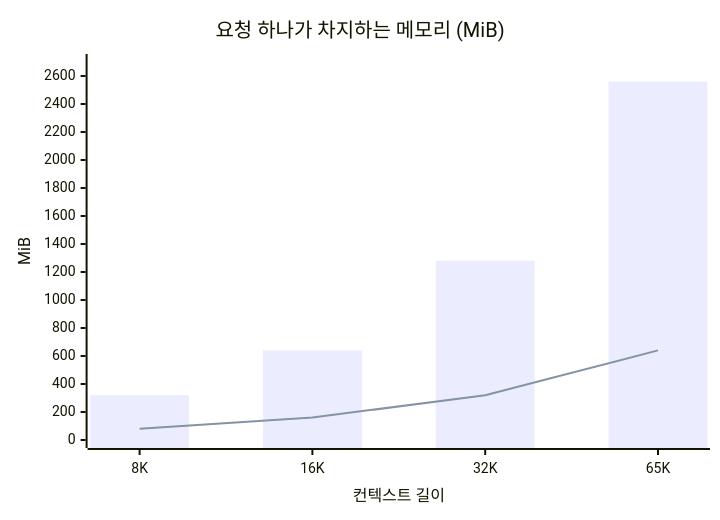
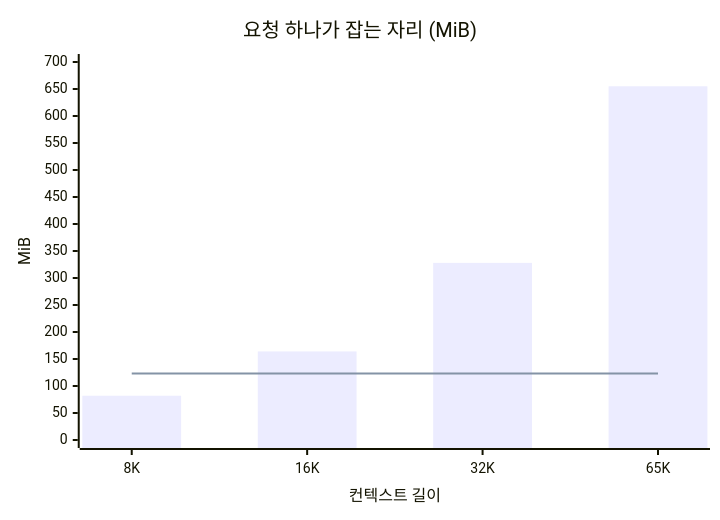
The second of 2 diagrams in _posts/2026-08-29-hybrid-attention-kv-cache-size.md (tmdwn725/tmdwn725.github.io), drawn with Mermaid before and after one commit. The commit also changed other lines of this file, not shown here.

```diff
--- a/_posts/2026-08-29-hybrid-attention-kv-cache-size.md
+++ b/_posts/2026-08-29-hybrid-attention-kv-cache-size.md
@@ -364,8 +392,8 @@
 <pre class="mermaid">
 xychart-beta
-  title "요청 하나가 차지하는 메모리 (MiB)"
+  title "요청 하나가 잡는 자리 (MiB)"
   x-axis "컨텍스트 길이" [8K, 16K, 32K, 65K]
-  y-axis "MiB" 0 --> 2700
-  bar [320, 640, 1280, 2560]
-  line [80, 160, 320, 640]
+  y-axis "MiB" 0 --> 700
+  bar [82, 164, 328, 655]
+  line [123, 123, 123, 123]
 </pre>
```
